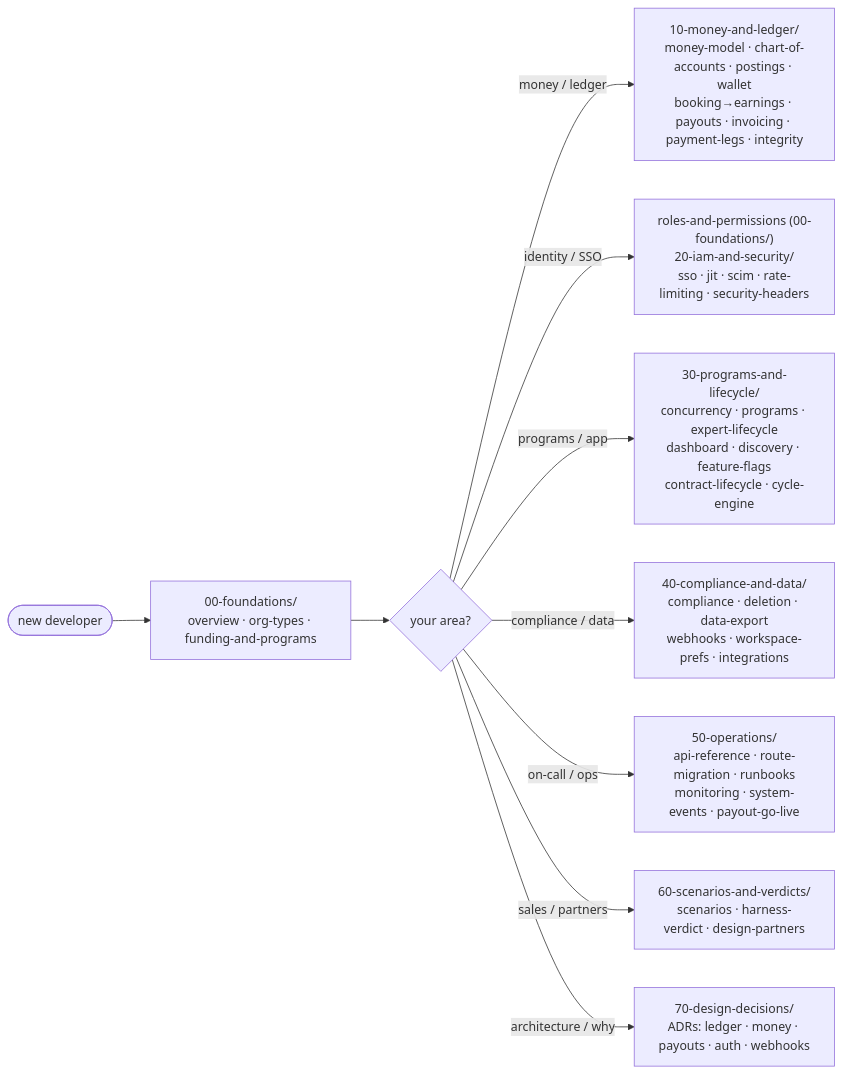
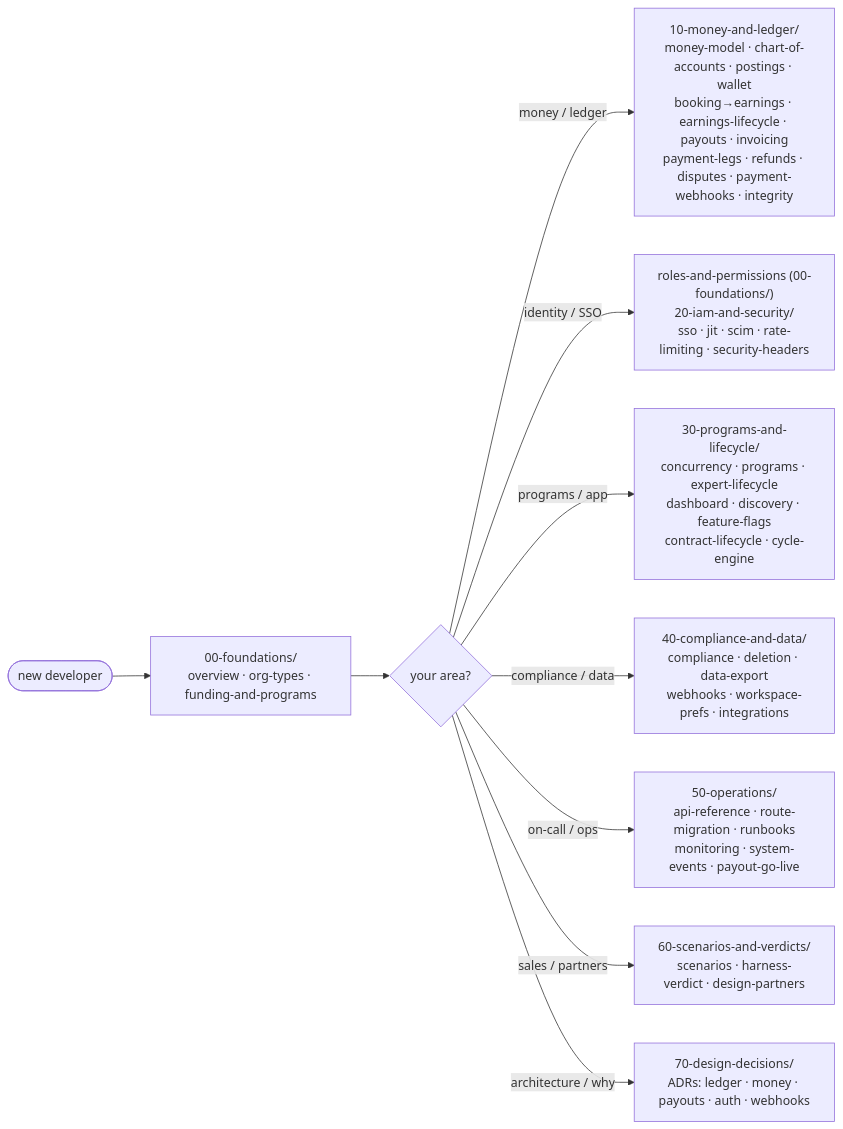
Before and after one commit to Practitionist/familiarise_web: the diagram in docs/enterprise/README.md, drawn with Mermaid. The commit also changed other lines of this file and 10 other files, not shown here.

First line of the commit message:
docs(enterprise): add refunds, disputes, and inbound payment-webhook docs

````diff
--- a/docs/enterprise/README.md
+++ b/docs/enterprise/README.md
@@ -21,12 +21,12 @@
 ```mermaid
 flowchart LR
   START([new developer]) --> OV["00-foundations/<br/>overview · org-types · funding-and-programs"]
   OV --> PATH{your area?}
-  PATH -->|money / ledger| MONEY["10-money-and-ledger/<br/>money-model · chart-of-accounts · postings · wallet<br/>booking→earnings · payouts · invoicing · payment-legs · integrity"]
+  PATH -->|money / ledger| MONEY["10-money-and-ledger/<br/>money-model · chart-of-accounts · postings · wallet<br/>booking→earnings · earnings-lifecycle · payouts · invoicing<br/>payment-legs · refunds · disputes · payment-webhooks · integrity"]
   PATH -->|identity / SSO| IAM["roles-and-permissions (00-foundations/)<br/>20-iam-and-security/<br/>sso · jit · scim · rate-limiting · security-headers"]
   PATH -->|programs / app| PROG["30-programs-and-lifecycle/<br/>concurrency · programs · expert-lifecycle<br/>dashboard · discovery · feature-flags<br/>contract-lifecycle · cycle-engine"]
   PATH -->|compliance / data| COMP["40-compliance-and-data/<br/>compliance · deletion · data-export<br/>webhooks · workspace-prefs · integrations"]
   PATH -->|on-call / ops| OPS["50-operations/<br/>api-reference · route-migration · runbooks<br/>monitoring · system-events · payout-go-live"]
   PATH -->|sales / partners| SALES["60-scenarios-and-verdicts/<br/>scenarios · harness-verdict · design-partners"]
   PATH -->|architecture / why| ADR["70-design-decisions/<br/>ADRs: ledger · money · payouts · auth · webhooks"]
 ```
````
